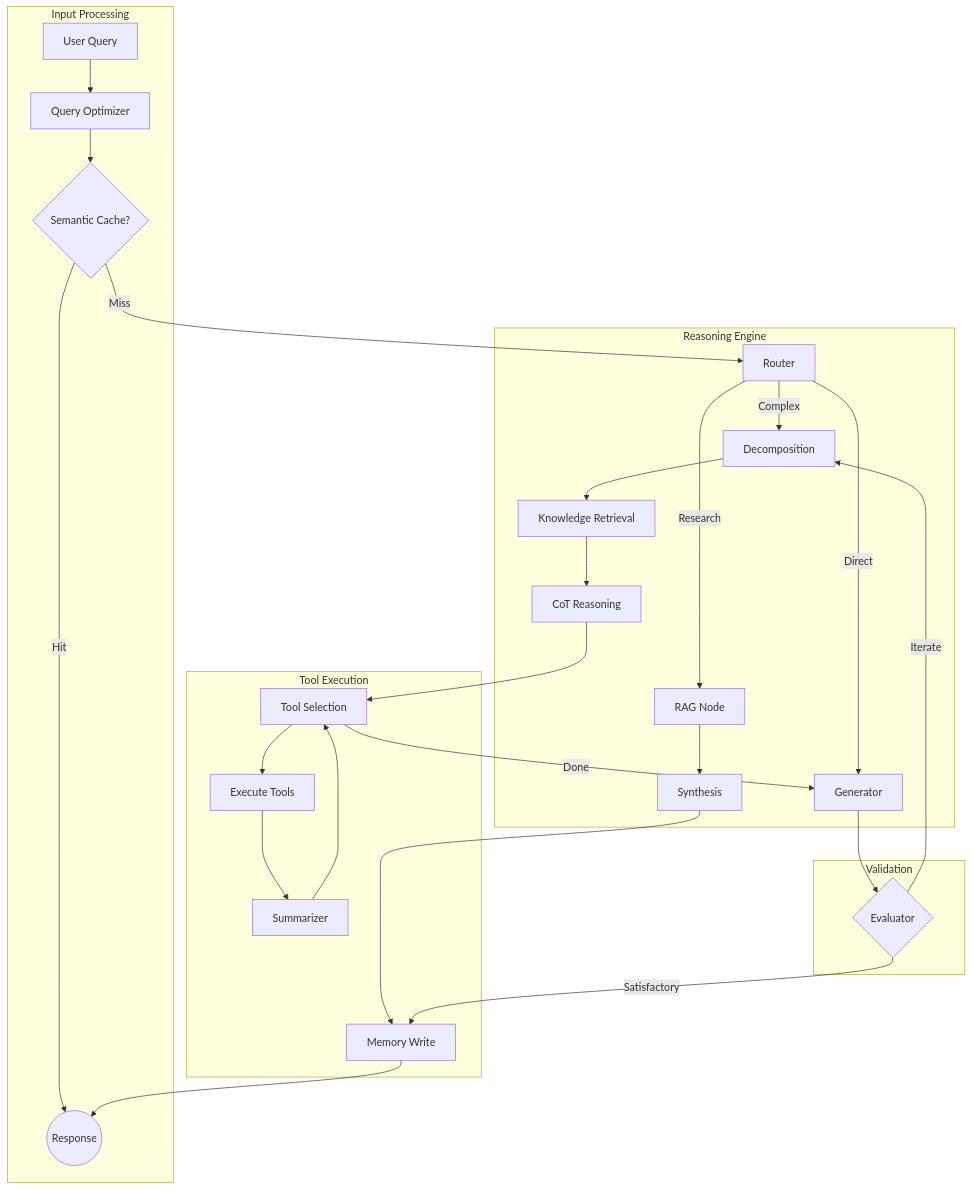
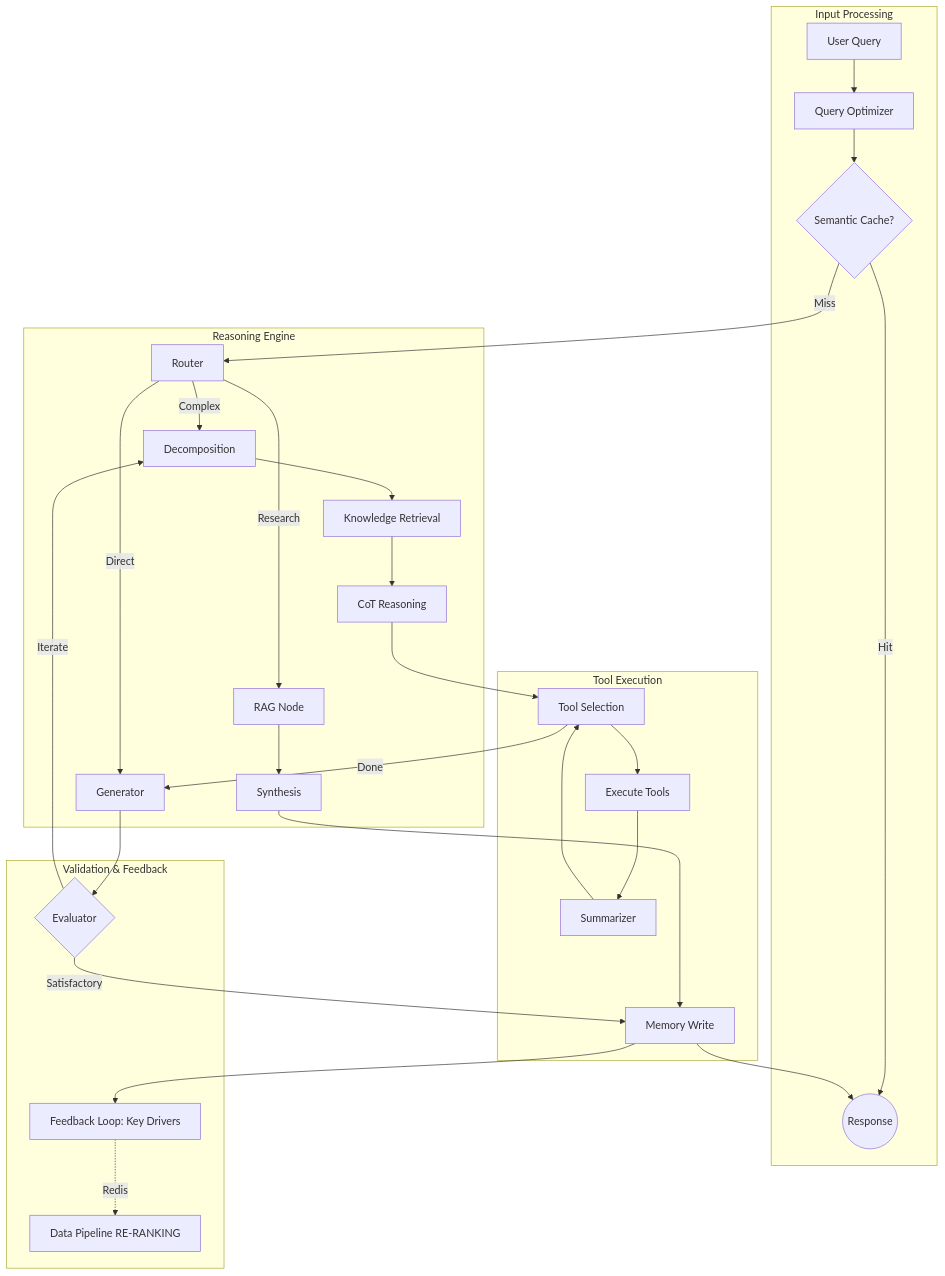
The diagram in services/ai-analyst/README.md (damrongsak/mtf-trading-system), drawn with Mermaid before and after one commit. The commit also changed other lines of this file and 5 other files, not shown here.

Commit message:
feat(ai-analyst): implement geopolitical intelligence and dynamic news re-ranking feedback loop

````diff
--- a/services/ai-analyst/README.md
+++ b/services/ai-analyst/README.md
@@ -9,35 +9,37 @@
 ```mermaid
 graph TD
     subgraph Input["Input Processing"]
         USR[User Query] --> OPT[Query Optimizer]
         OPT --> CACHE{Semantic Cache?}
         CACHE -->|Hit| END((Response))
     end
 
     subgraph Reasoning["Reasoning Engine"]
         CACHE -->|Miss| RT[Router]
         RT -->|Research| RAG[RAG Node]
         RT -->|Complex| DEC[Decomposition]
         RT -->|Direct| GEN[Generator]
         
         RAG --> SYN[Synthesis]
         DEC --> RET[Knowledge Retrieval]
         RET --> REA[CoT Reasoning]
     end
 
     subgraph Action["Tool Execution"]
         REA --> TS[Tool Selection]
         SYN --> MW[Memory Write]
         TS --> EX[Execute Tools]
         EX --> SUM[Summarizer]
         SUM --> TS
     end
 
-    subgraph Loop["Validation"]
+    subgraph Loop["Validation & Feedback"]
         TS -->|Done| GEN
         GEN --> EVA{Evaluator}
         EVA -->|Iterate| DEC
         EVA -->|Satisfactory| MW
+        MW --> FB[Feedback Loop: Key Drivers]
+        FB -.->|Redis| DP[Data Pipeline RE-RANKING]
         MW --> END
     end
 ```
````
